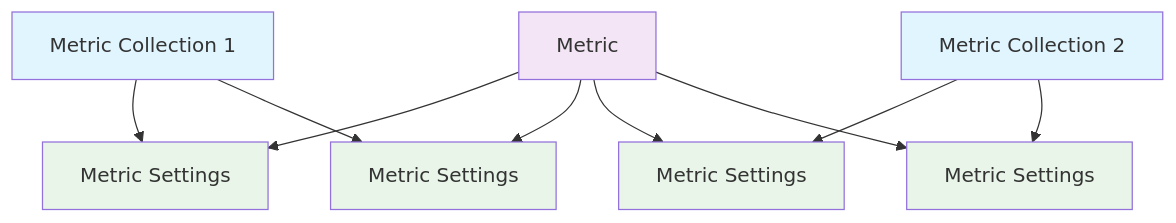
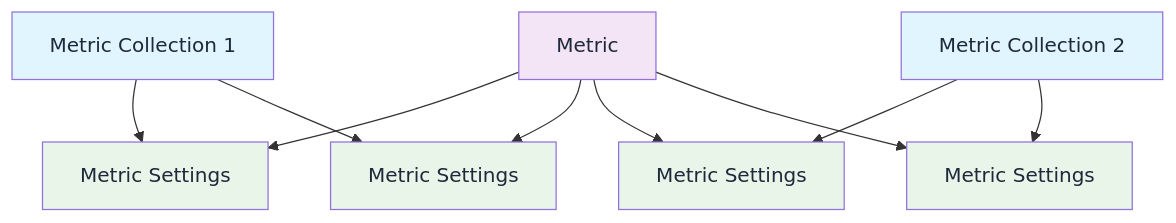
The second of 5 diagrams in fern/docs/api-docs/data-models.mdx (confident-ai/confident-docs), drawn with Mermaid before and after one commit. The commit also changed other lines of this file and 13 other files, not shown here.

````diff
--- a/fern/docs/api-docs/data-models.mdx
+++ b/fern/docs/api-docs/data-models.mdx
@@ -63,21 +63,21 @@
 ```mermaid
 graph TD
     A[Metric Collection 1] --> D[Metric Settings]
     A --> F[Metric Settings]
 
     B[Metric Collection 2] --> G[Metric Settings]
     B --> H[Metric Settings]
 
     C[Metric] --> D
     C --> F
     C --> G
     C --> H
 
-    style A fill:#e1f5fe
-    style B fill:#e1f5fe
-    style C fill:#f3e5f5
-    style D fill:#e8f5e8
-    style F fill:#e8f5e8
-    style G fill:#e8f5e8
-    style H fill:#e8f5e8
+    style A fill:#e1f5fe,color:#1e293b
+    style B fill:#e1f5fe,color:#1e293b
+    style C fill:#f3e5f5,color:#1e293b
+    style D fill:#e8f5e8,color:#1e293b
+    style F fill:#e8f5e8,color:#1e293b
+    style G fill:#e8f5e8,color:#1e293b
+    style H fill:#e8f5e8,color:#1e293b
 ```
````
